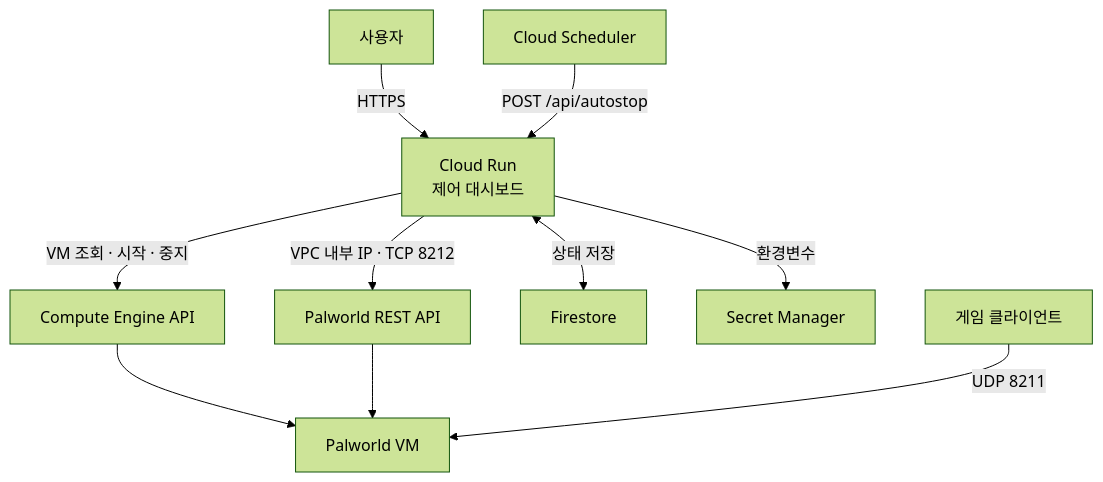
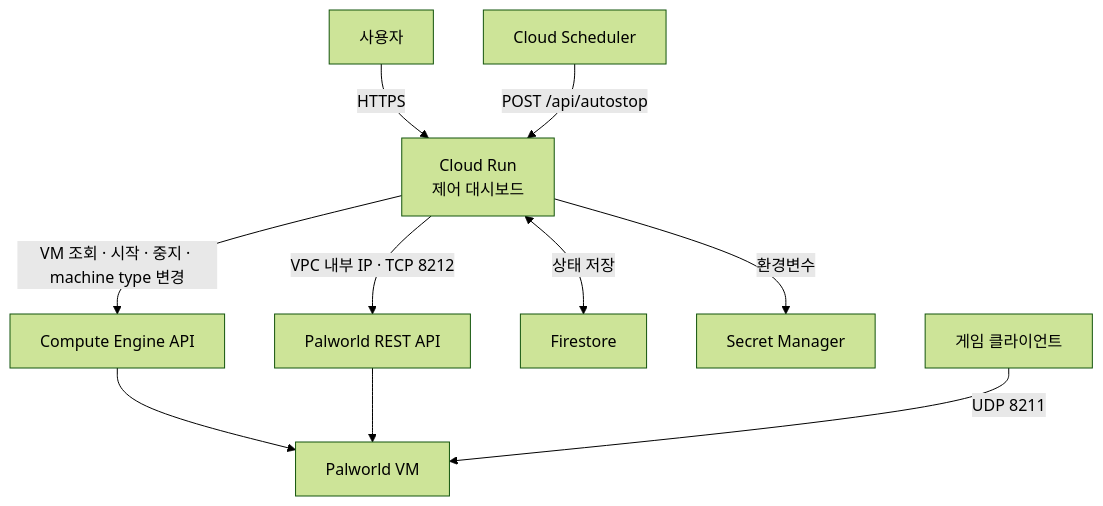
Before and after one commit to hyc7575/palworld-dashboard: the diagram in README.md, drawn with Mermaid (forest theme). The commit also changed other lines of this file and 17 other files, not shown here.

````diff
--- a/README.md
+++ b/README.md
@@ -9,14 +9,14 @@
 ```mermaid
 flowchart TB
     User["사용자"] -->|"HTTPS"| Dashboard["Cloud Run<br/>제어 대시보드"]
     Scheduler["Cloud Scheduler"] -->|"POST /api/autostop"| Dashboard
 
-    Dashboard -->|"VM 조회 · 시작 · 중지"| Compute["Compute Engine API"]
+    Dashboard -->|"VM 조회 · 시작 · 중지 · machine type 변경"| Compute["Compute Engine API"]
     Compute --> VM["Palworld VM"]
     Dashboard -->|"VPC 내부 IP · TCP 8212"| RestApi["Palworld REST API"]
     RestApi --> VM
 
     Dashboard <-->|"상태 저장"| Firestore["Firestore"]
     Dashboard -->|"환경변수"| Secrets["Secret Manager"]
     Player["게임 클라이언트"] -->|"UDP 8211"| VM
 ```
````
